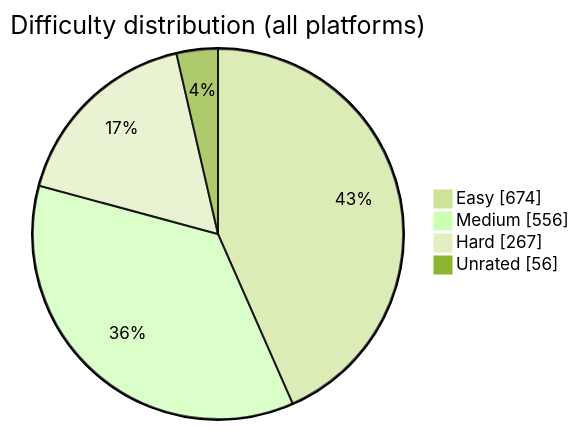
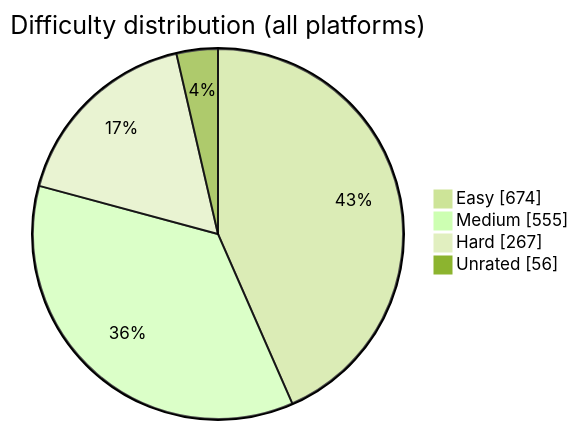
One commit to BuildbyArindam/Daily-Coding-Log changed the diagram in README.md. Above: the diagram before and after it, drawn with Mermaid (forest theme). The commit also changed other lines of this file, not shown here.

````diff
--- a/README.md
+++ b/README.md
@@ -93,7 +93,7 @@
 ```mermaid
 pie showData title Difficulty distribution (all platforms)
     "Easy" : 674
-    "Medium" : 556
+    "Medium" : 555
     "Hard" : 267
     "Unrated" : 56
 ```
````
